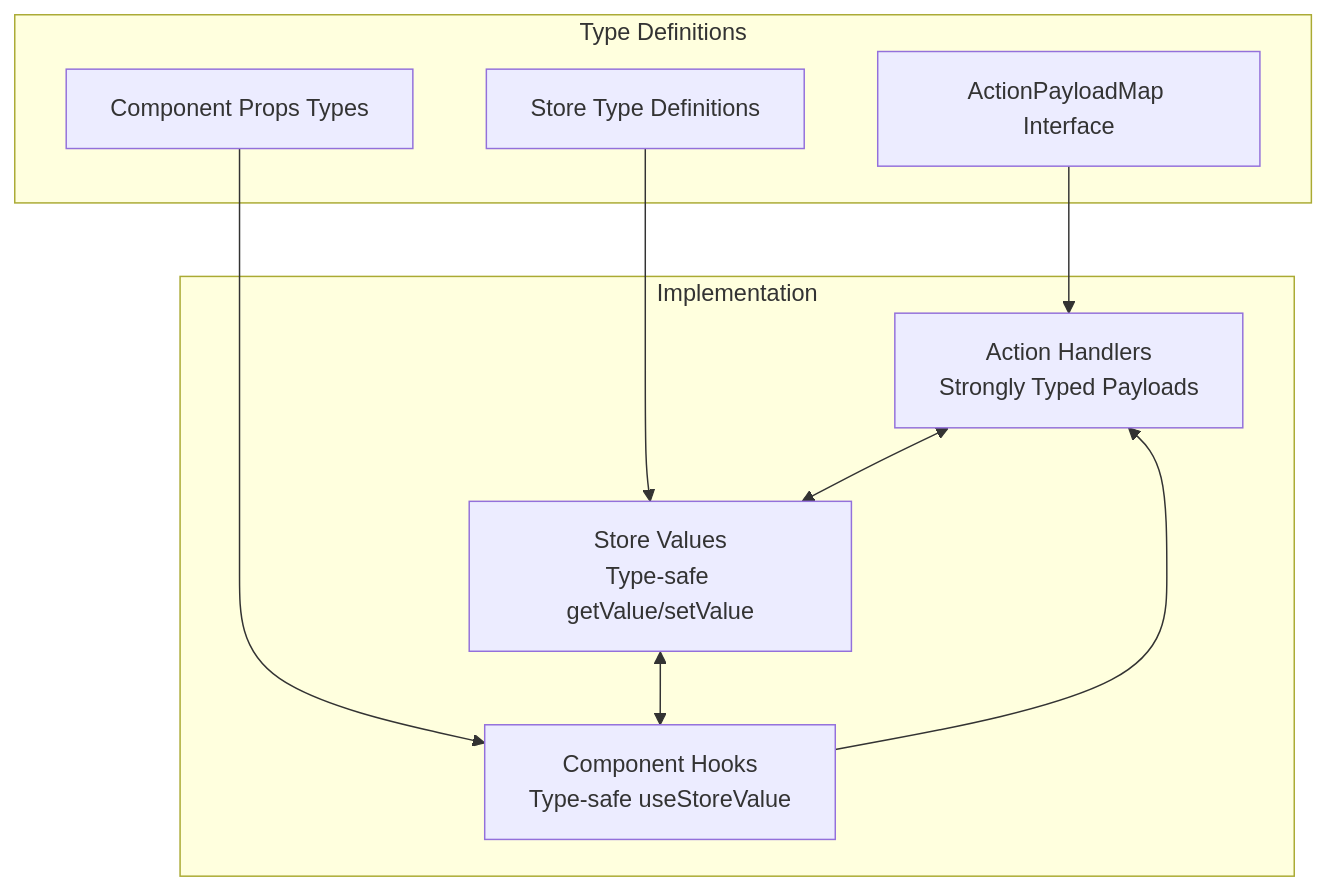
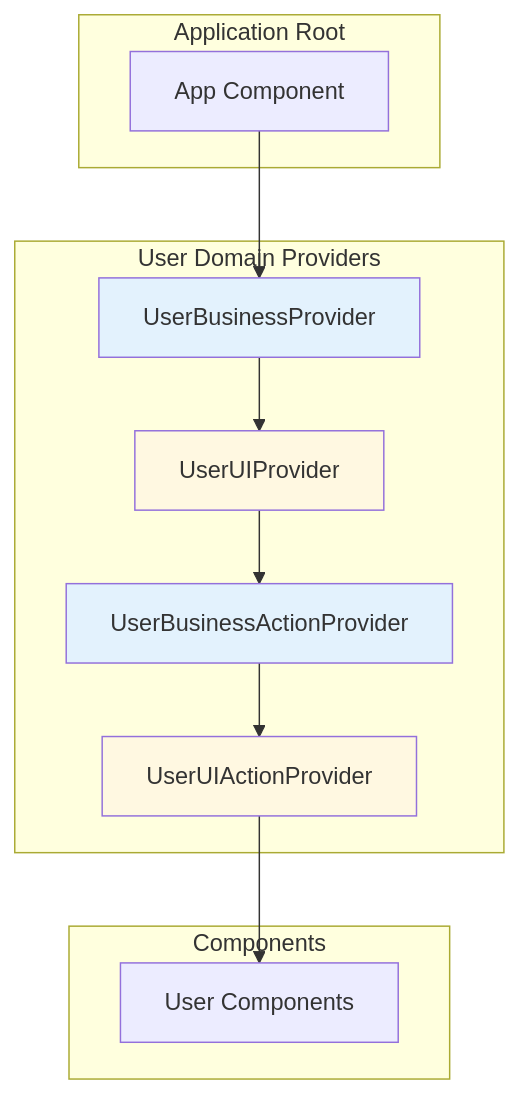
One commit to mineclover/context-action changed the first of 2 diagrams in docs/en/guide/full.md. Above: the diagram before and after it, drawn with Mermaid. The commit also changed other lines of this file, not shown here.

````diff
--- a/docs/en/guide/full.md
+++ b/docs/en/guide/full.md
@@ -1924,37 +613,28 @@
 ```mermaid
-
 graph TD
-
-subgraph "Type Definitions"
-
-ActionPayloadMap[ActionPayloadMap Interface]
-
-StoreTypes[Store Type Definitions]
-
-ComponentProps[Component Props Types]
-
-end
-
-subgraph "Implementation"
-
-ActionHandlers[Action Handlers<br/>Strongly Typed Payloads]
-
-StoreValues[Store Values<br/>Type-safe getValue/setValue]
-
-ComponentHooks[Component Hooks<br/>Type-safe useStoreValue]
-
-end
-
-ActionPayloadMap --> ActionHandlers
-
-StoreTypes --> StoreValues
-
-ComponentProps --> ComponentHooks
-
-ActionHandlers <--> StoreValues
-
-StoreValues <--> ComponentHooks
-
-ComponentHooks --> ActionHandlers
-
+    subgraph "Application Root"
+        App[App Component]
+    end
+    
+    subgraph "User Domain Providers"
+        UBP[UserBusinessProvider]
+        UUP[UserUIProvider]
+        UBAP[UserBusinessActionProvider]
+        UUAP[UserUIActionProvider]
+    end
+    
+    subgraph "Components"
+        UC[User Components]
+    end
+    
+    App --> UBP
+    UBP --> UUP
+    UUP --> UBAP
+    UBAP --> UUAP
+    UUAP --> UC
+    
+    style UBP fill:#e3f2fd
+    style UUP fill:#fff8e1
+    style UBAP fill:#e3f2fd
+    style UUAP fill:#fff8e1
 ```
````
